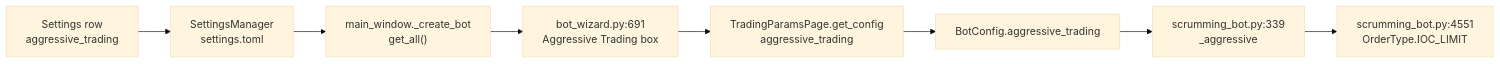
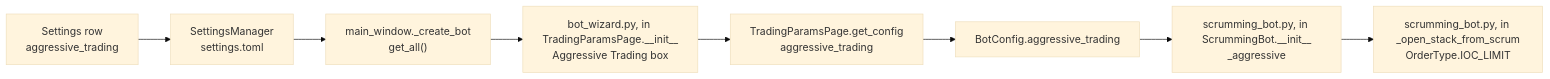
The tenth of 22 diagrams in docs/manual/08-tabs/settings.md (Acervator-LLC/ACERVATOR), drawn with Mermaid (base theme) before and after one commit. The commit also changed other lines of this file and 12 other files, not shown here.

````diff
--- a/docs/manual/08-tabs/settings.md
+++ b/docs/manual/08-tabs/settings.md
@@ -3937,10 +3937,10 @@
 ```mermaid
 flowchart LR
   A["Settings row<br/>aggressive_trading"] --> B["SettingsManager<br/>settings.toml"]
   B --> C["main_window._create_bot<br/>get_all()"]
-  C --> D["bot_wizard.py:691<br/>Aggressive Trading box"]
+  C --> D["bot_wizard.py, in TradingParamsPage.__init__<br/>Aggressive Trading box"]
   D --> E["TradingParamsPage.get_config<br/>aggressive_trading"]
   E --> F["BotConfig.aggressive_trading"]
-  F --> G["scrumming_bot.py:339<br/>_aggressive"]
-  G --> H["scrumming_bot.py:4551<br/>OrderType.IOC_LIMIT"]
+  F --> G["scrumming_bot.py, in ScrummingBot.__init__<br/>_aggressive"]
+  G --> H["scrumming_bot.py, in _open_stack_from_scrum<br/>OrderType.IOC_LIMIT"]
 ```
````
